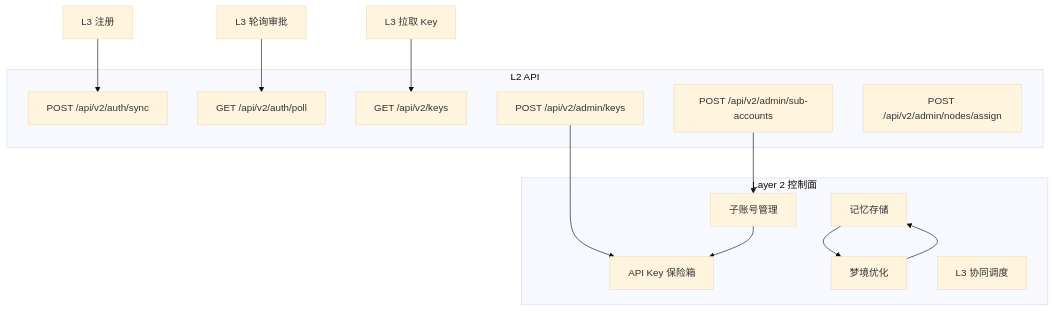
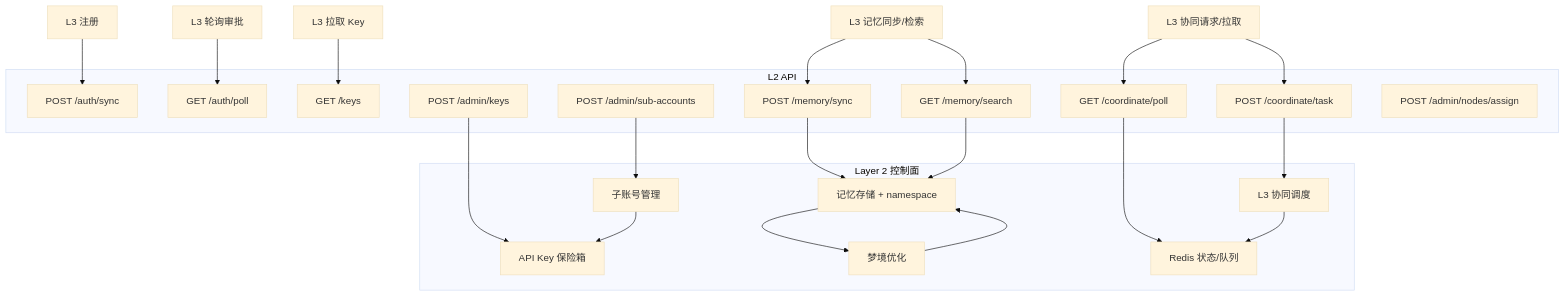
Before and after one commit to Samuel521199/jachin-system: the second of 3 diagrams in docs/V2_ARCHITECTURE_DIAGRAM.md, drawn with Mermaid (base theme). The commit also changed other lines of this file and 63 other files, not shown here.

````diff
--- a/docs/V2_ARCHITECTURE_DIAGRAM.md
+++ b/docs/V2_ARCHITECTURE_DIAGRAM.md
@@ -76,28 +76,42 @@
 ```mermaid
 flowchart TB
     subgraph L2["Layer 2 控制面"]
         SA[子账号管理]
         PK[API Key 保险箱]
-        MEM[记忆存储]
+        MEM[记忆存储 + namespace]
         DREAM[梦境优化]
         SCHED[L3 协同调度]
+        REDIS[Redis 状态/队列]
     end
 
     subgraph L2_API["L2 API"]
-        AUTH["POST /api/v2/auth/sync"]
-        POLL["GET /api/v2/auth/poll"]
-        KEYS["GET /api/v2/keys"]
-        ADMIN_SA["POST /api/v2/admin/sub-accounts"]
-        ADMIN_KEY["POST /api/v2/admin/keys"]
-        ADMIN_NODE["POST /api/v2/admin/nodes/assign"]
+        AUTH["POST /auth/sync"]
+        POLL["GET /auth/poll"]
+        KEYS["GET /keys"]
+        MEM_SYNC["POST /memory/sync"]
+        MEM_SEARCH["GET /memory/search"]
+        COORD_TASK["POST /coordinate/task"]
+        COORD_POLL["GET /coordinate/poll"]
+        ADMIN_SA["POST /admin/sub-accounts"]
+        ADMIN_KEY["POST /admin/keys"]
+        ADMIN_NODE["POST /admin/nodes/assign"]
     end
 
     L3_REG[L3 注册] --> AUTH
     L3_POLL[L3 轮询审批] --> POLL
     L3_KEYS[L3 拉取 Key] --> KEYS
+    L3_MEM[L3 记忆同步/检索] --> MEM_SYNC
+    L3_MEM --> MEM_SEARCH
+    L3_COORD[L3 协同请求/拉取] --> COORD_TASK
+    L3_COORD --> COORD_POLL
     ADMIN_SA --> SA
     ADMIN_KEY --> PK
     SA --> PK
+    MEM_SYNC --> MEM
+    MEM_SEARCH --> MEM
     MEM --> DREAM
     DREAM --> MEM
+    COORD_TASK --> SCHED
+    COORD_POLL --> REDIS
+    SCHED --> REDIS
 ```
````
